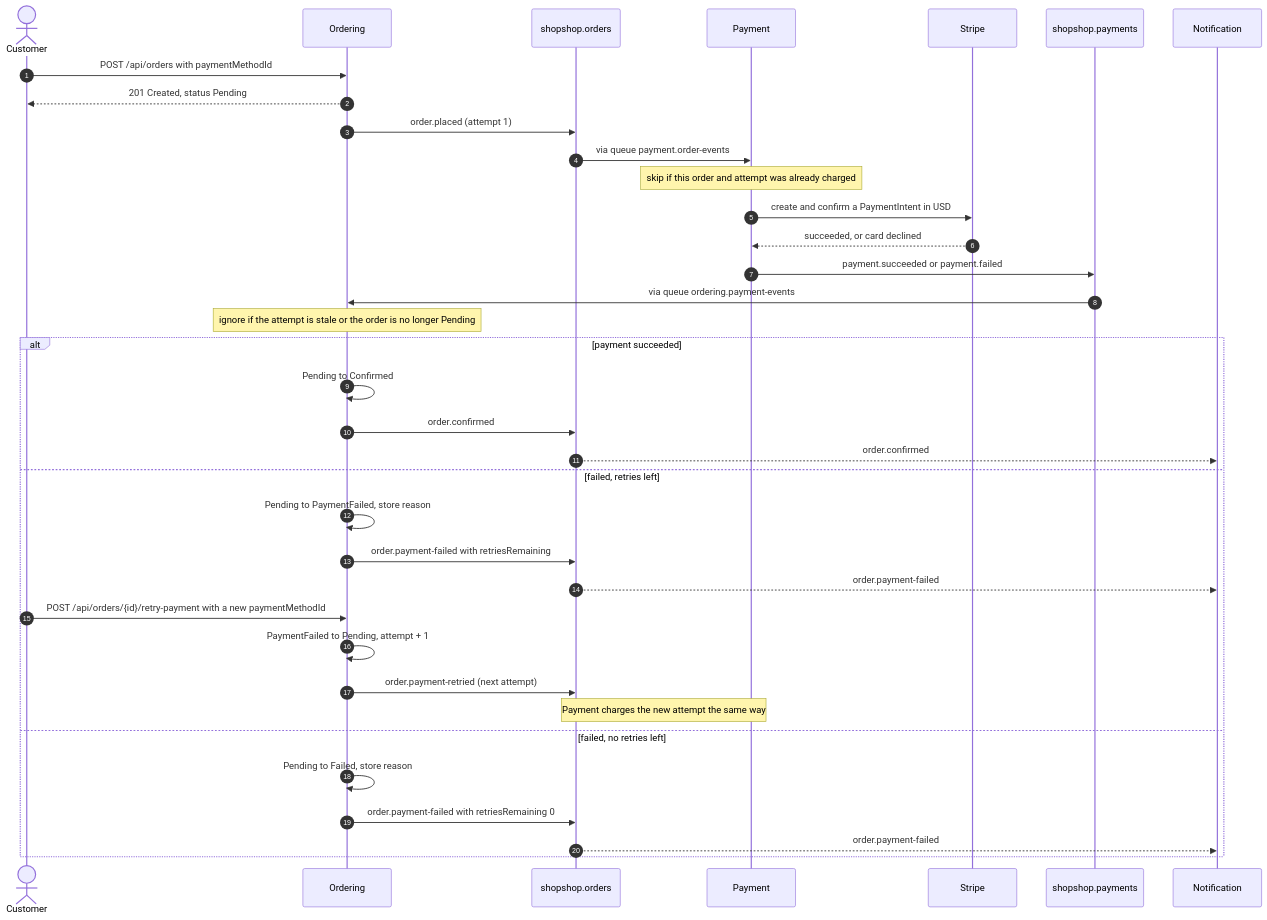
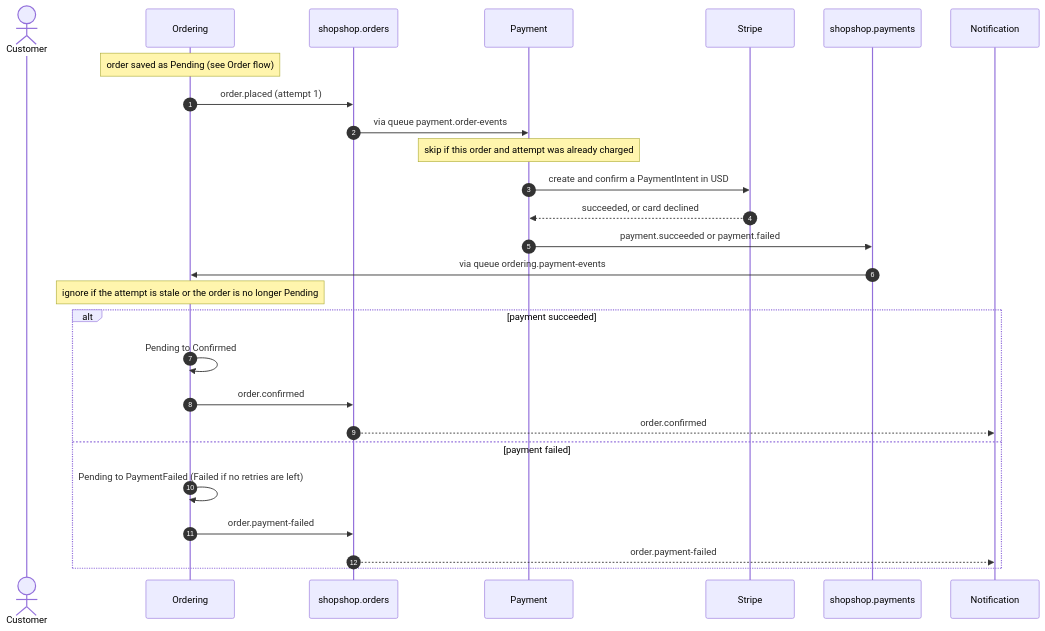
The sixth of 8 diagrams in docs/architecture.md (gurungsh/shopshop), drawn with Mermaid before and after one commit. The commit also changed other lines of this file and 17 other files, not shown here.

````diff
--- a/docs/architecture.md
+++ b/docs/architecture.md
@@ -102,39 +290,30 @@
 ```mermaid
 sequenceDiagram
     autonumber
     actor C as Customer
     participant O as Ordering
     participant OX as shopshop.orders
     participant P as Payment
     participant S as Stripe
     participant PX as shopshop.payments
     participant N as Notification
 
-    C->>O: POST /api/orders with paymentMethodId
-    O-->>C: 201 Created, status Pending
+    Note over O: order saved as Pending (see Order flow)
     O->>OX: order.placed (attempt 1)
     OX->>P: via queue payment.order-events
     Note over P: skip if this order and attempt was already charged
     P->>S: create and confirm a PaymentIntent in USD
     S-->>P: succeeded, or card declined
     P->>PX: payment.succeeded or payment.failed
     PX->>O: via queue ordering.payment-events
     Note over O: ignore if the attempt is stale or the order is no longer Pending
     alt payment succeeded
         O->>O: Pending to Confirmed
         O->>OX: order.confirmed
         OX-->>N: order.confirmed
-    else failed, retries left
-        O->>O: Pending to PaymentFailed, store reason
-        O->>OX: order.payment-failed with retriesRemaining
-        OX-->>N: order.payment-failed
-        C->>O: POST /api/orders/{id}/retry-payment with a new paymentMethodId
-        O->>O: PaymentFailed to Pending, attempt + 1
-        O->>OX: order.payment-retried (next attempt)
-        Note over OX,P: Payment charges the new attempt the same way
-    else failed, no retries left
-        O->>O: Pending to Failed, store reason
-        O->>OX: order.payment-failed with retriesRemaining 0
+    else payment failed
+        O->>O: Pending to PaymentFailed (Failed if no retries are left)
+        O->>OX: order.payment-failed
         OX-->>N: order.payment-failed
     end
 ```
````
